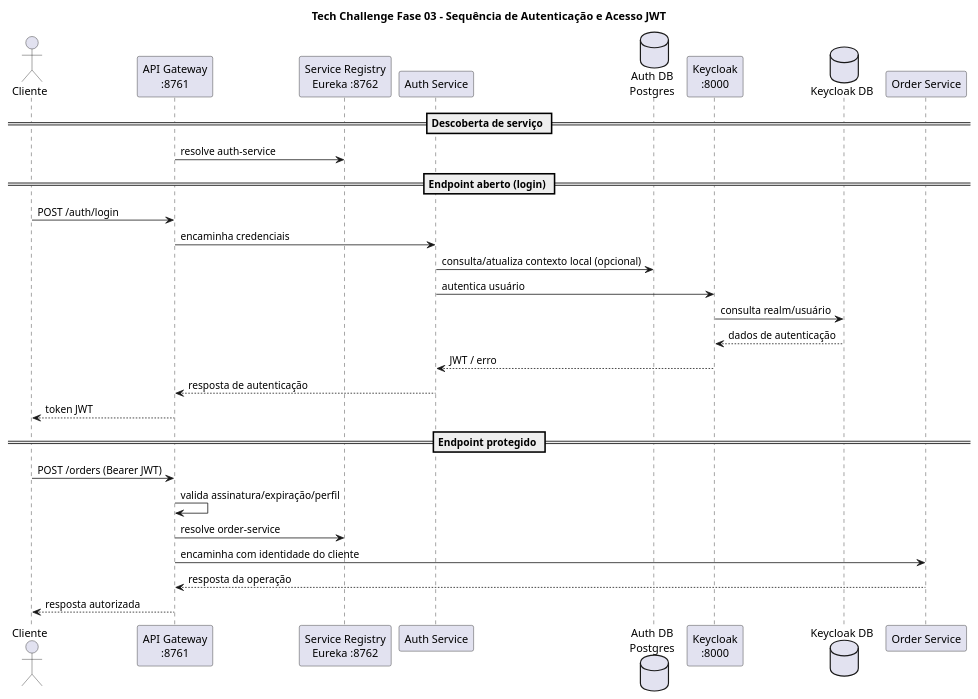
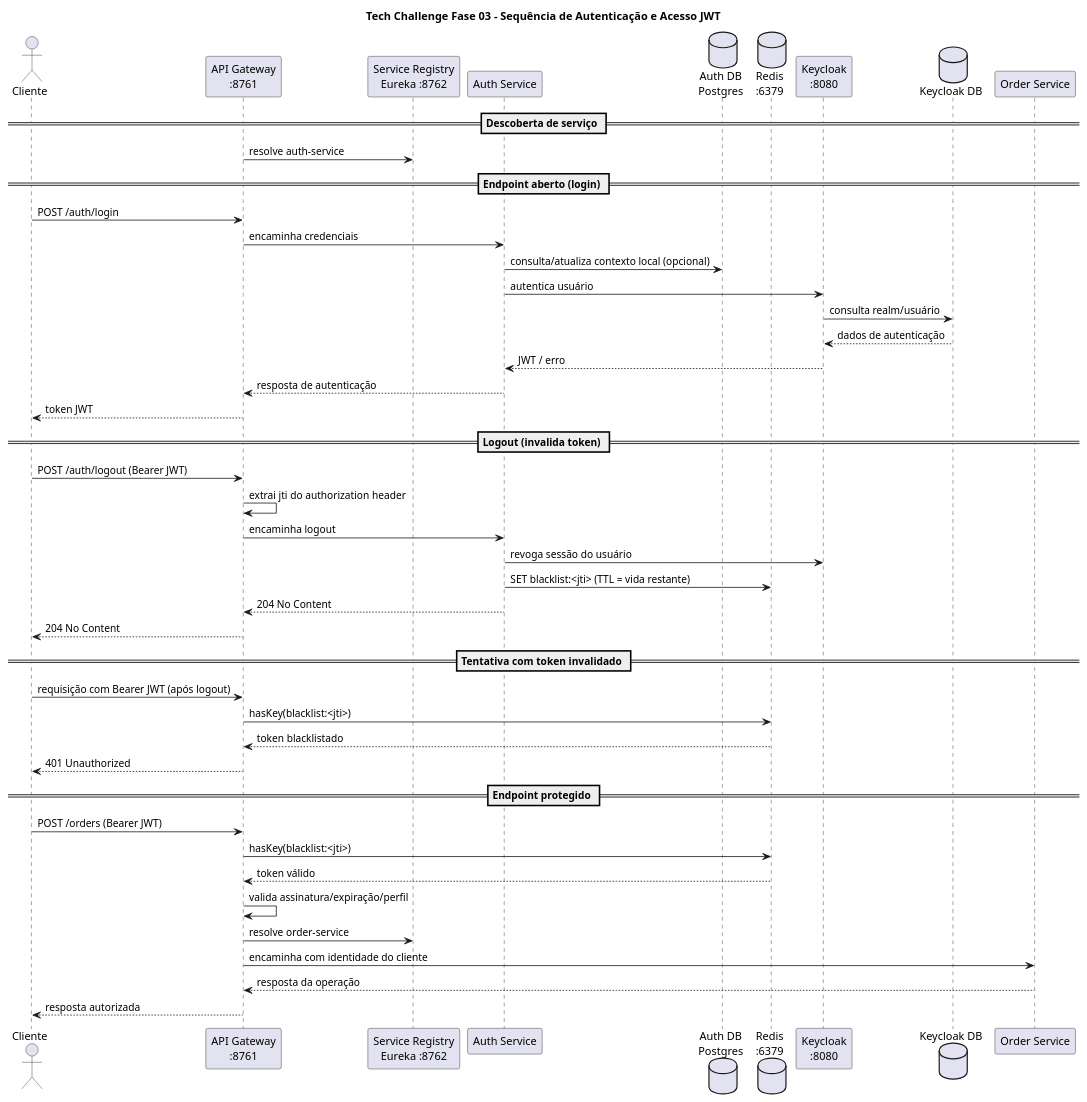
Before and after one commit to eps364/tech-challenge-fase-03: the diagram in docs/diagrams/arquitetura-sequencia-autenticacao.puml, drawn with PlantUML. The commit also changed 4 other files, not shown here.

First line of the commit message:
docs(diagrams): fix Kafka->RabbitMQ, Keycloak port and add Redis blacklist flow

```diff
--- a/docs/diagrams/arquitetura-sequencia-autenticacao.puml
+++ b/docs/diagrams/arquitetura-sequencia-autenticacao.puml
@@ -1,35 +1,53 @@
 @startuml
 title Tech Challenge Fase 03 - Sequência de Autenticação e Acesso JWT
 
 actor Cliente
 participant "API Gateway\n:8761" as APIGW
 participant "Service Registry\nEureka :8762" as EUREKA
 participant "Auth Service" as AUTH
 database "Auth DB\nPostgres" as AUTHDB
-participant "Keycloak\n:8000" as KC
+database "Redis\n:6379" as REDIS
+participant "Keycloak\n:8080" as KC
 database "Keycloak DB" as KCDB
 participant "Order Service" as ORDER
 
 == Descoberta de serviço ==
 APIGW -> EUREKA: resolve auth-service
 
 == Endpoint aberto (login) ==
 Cliente -> APIGW: POST /auth/login
 APIGW -> AUTH: encaminha credenciais
 AUTH -> AUTHDB: consulta/atualiza contexto local (opcional)
 AUTH -> KC: autentica usuário
 KC -> KCDB: consulta realm/usuário
 KCDB --> KC: dados de autenticação
 KC --> AUTH: JWT / erro
 AUTH --> APIGW: resposta de autenticação
 APIGW --> Cliente: token JWT
 
+== Logout (invalida token) ==
+Cliente -> APIGW: POST /auth/logout (Bearer JWT)
+APIGW -> APIGW: extrai jti do authorization header
+APIGW -> AUTH: encaminha logout
+AUTH -> KC: revoga sessão do usuário
+AUTH -> REDIS: SET blacklist:<jti> (TTL = vida restante)
+AUTH --> APIGW: 204 No Content
+APIGW --> Cliente: 204 No Content
+
+== Tentativa com token invalidado ==
+Cliente -> APIGW: requisição com Bearer JWT (após logout)
+APIGW -> REDIS: hasKey(blacklist:<jti>)
+REDIS --> APIGW: token blacklistado
+APIGW --> Cliente: 401 Unauthorized
+
 == Endpoint protegido ==
 Cliente -> APIGW: POST /orders (Bearer JWT)
+APIGW -> REDIS: hasKey(blacklist:<jti>)
+REDIS --> APIGW: token válido
 APIGW -> APIGW: valida assinatura/expiração/perfil
 APIGW -> EUREKA: resolve order-service
 APIGW -> ORDER: encaminha com identidade do cliente
 ORDER --> APIGW: resposta da operação
 APIGW --> Cliente: resposta autorizada
 
 @enduml
```
